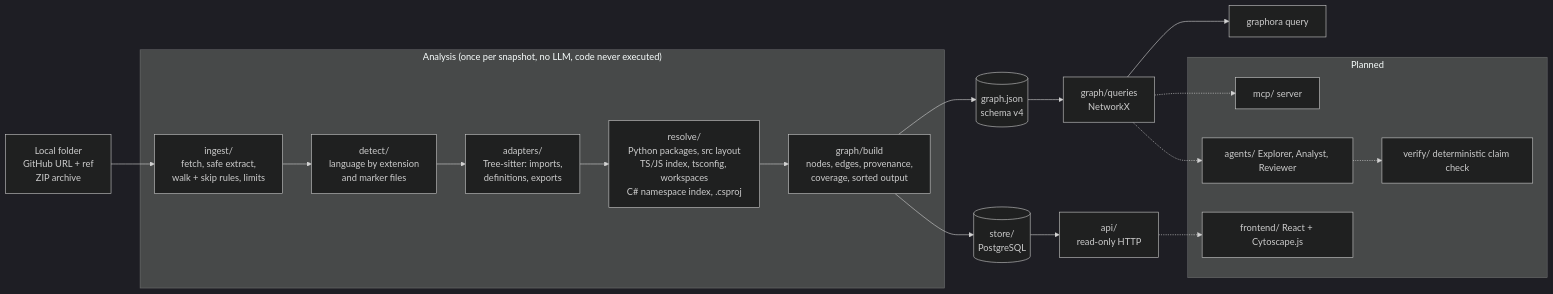
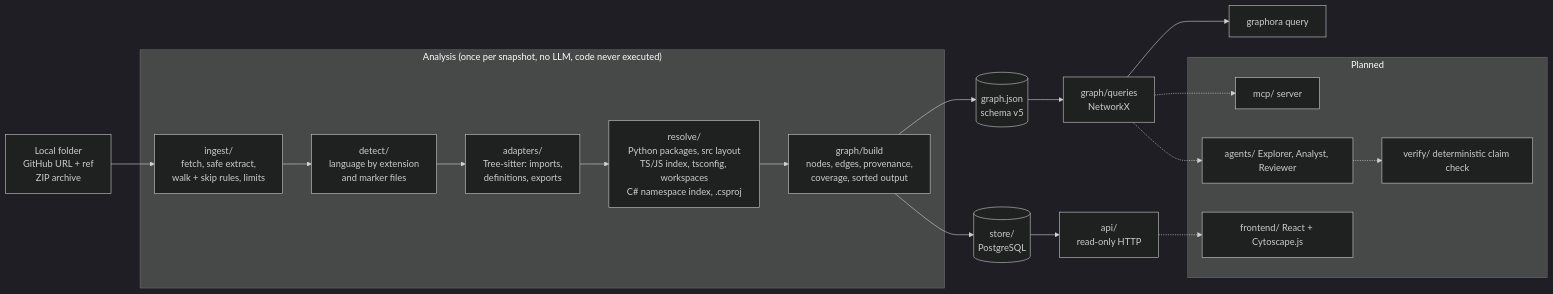
One commit to ulyanafrolova/graphora-AI changed the first of 3 diagrams in README.md. Above: the diagram before and after it, drawn with Mermaid (dark theme). The commit also changed other lines of this file and 4 other files, not shown here.

````diff
--- a/README.md
+++ b/README.md
@@ -67,33 +68,33 @@
 ```mermaid
 flowchart LR
     src["Local folder<br/>GitHub URL + ref<br/>ZIP archive"]
 
     subgraph analyze["Analysis (once per snapshot, no LLM, code never executed)"]
         ingest["ingest/<br/>fetch, safe extract,<br/>walk + skip rules, limits"]
         detect["detect/<br/>language by extension<br/>and marker files"]
         adapters["adapters/<br/>Tree-sitter: imports,<br/>definitions, exports"]
         resolve["resolve/<br/>Python packages, src layout<br/>TS/JS index, tsconfig, workspaces<br/>C# namespace index, .csproj"]
         build["graph/build<br/>nodes, edges, provenance,<br/>coverage, sorted output"]
         ingest --> detect --> adapters --> resolve --> build
     end
 
     src --> ingest
-    build --> json[("graph.json<br/>schema v4")]
+    build --> json[("graph.json<br/>schema v5")]
     build --> store[("store/<br/>PostgreSQL")]
 
     json --> queries["graph/queries<br/>NetworkX"]
     queries --> cli["graphora query"]
     store --> api["api/<br/>read-only HTTP"]
 
     subgraph next["Planned"]
         mcp["mcp/ server"]
         agents["agents/ Explorer, Analyst, Reviewer"]
         verify["verify/ deterministic claim check"]
         ui["frontend/ React + Cytoscape.js"]
     end
 
     queries -.-> mcp
     queries -.-> agents
     agents -.-> verify
     api -.-> ui
 ```
````
